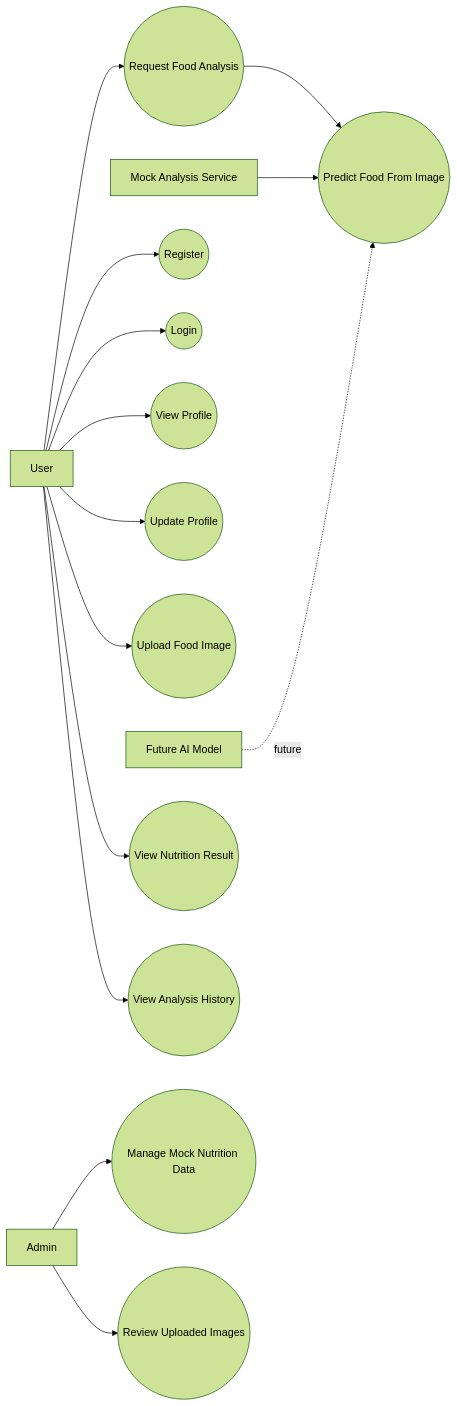
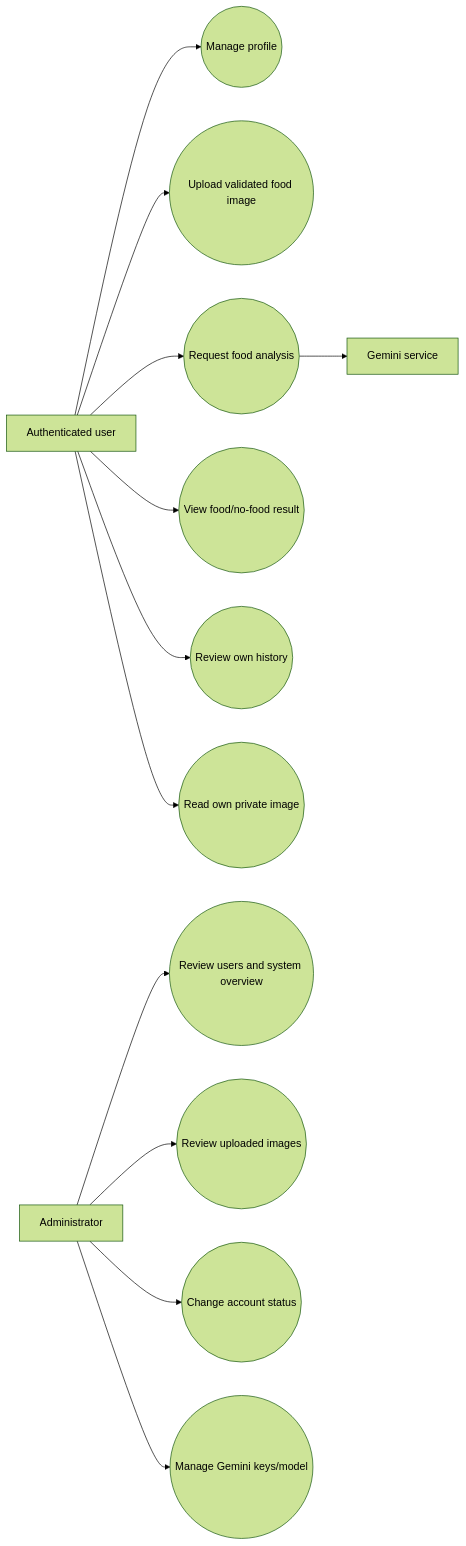
One commit to Tamal-11/cse4104-7a-t03-nutrilens changed the diagram in diagrams/use_case_diagram.md. Above: the diagram before and after it, drawn with Mermaid (forest theme). The commit also changed other lines of this file and 19 other files, not shown here.

````diff
--- a/diagrams/use_case_diagram.md
+++ b/diagrams/use_case_diagram.md
@@ -3,35 +3,31 @@
 ```mermaid
 flowchart LR
-    U[User]
-    A[Admin]
-    M[Mock Analysis Service]
-    AI[Future AI Model]
+    User[Authenticated user]
+    Admin[Administrator]
+    Gemini[Gemini service]
 
-    UC1((Register))
-    UC2((Login))
-    UC3((View Profile))
-    UC4((Update Profile))
-    UC5((Upload Food Image))
-    UC6((Request Food Analysis))
-    UC7((View Nutrition Result))
-    UC8((View Analysis History))
-    UC9((Manage Mock Nutrition Data))
-    UC10((Review Uploaded Images))
-    UC11((Predict Food From Image))
+    Profile((Manage profile))
+    Upload((Upload validated food image))
+    Analyze((Request food analysis))
+    Result((View food/no-food result))
+    History((Review own history))
+    Image((Read own private image))
+    Overview((Review users and system overview))
+    UploadReview((Review uploaded images))
+    Accounts((Change account status))
+    Settings((Manage Gemini keys/model))
 
-    U --> UC1
-    U --> UC2
-    U --> UC3
-    U --> UC4
-    U --> UC5
-    U --> UC6
-    U --> UC7
-    U --> UC8
+    User --> Profile
+    User --> Upload
+    User --> Analyze
+    User --> Result
+    User --> History
+    User --> Image
 
-    A --> UC9
-    A --> UC10
+    Analyze --> Gemini
 
-    UC6 --> UC11
-    M --> UC11
-    AI -. future .-> UC11
+    Admin --> Overview
+    Admin --> UploadReview
+    Admin --> Accounts
+    Admin --> Settings
 ```
````
